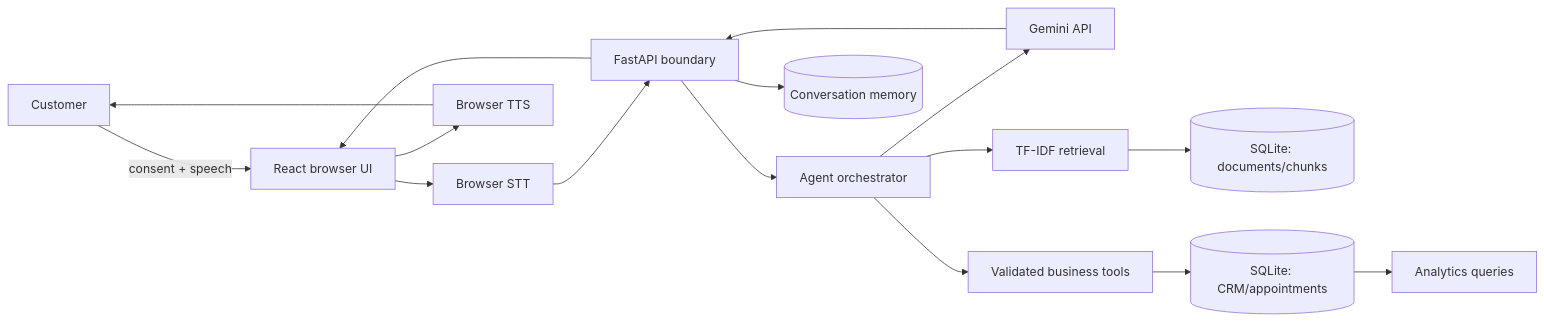
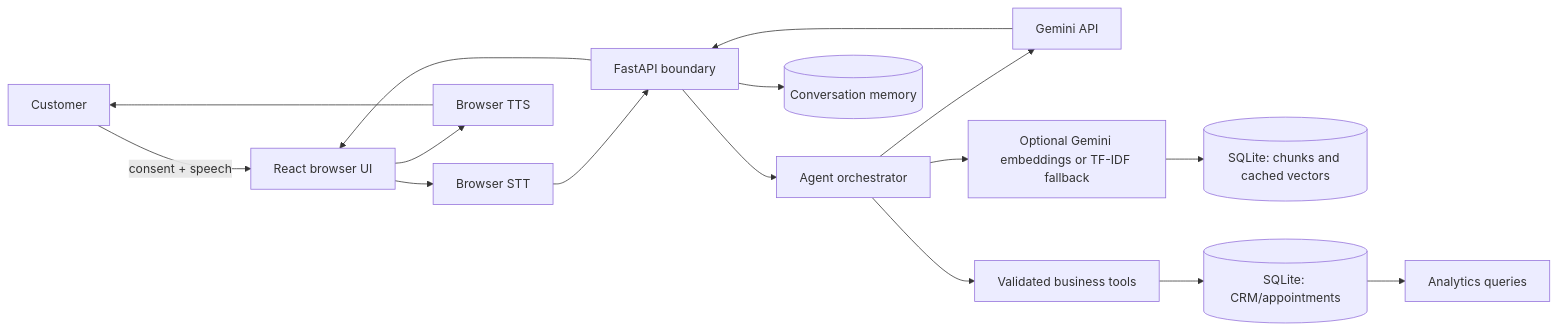
The diagram in docs/architecture.md (Raviranjan010/FortivexAI), drawn with Mermaid before and after one commit. The commit also changed 26 other files, not shown here.

Commit message:
feat: add optional Gemini embeddings, bounded tool loops, and release coverage docs

````diff
--- a/docs/architecture.md
+++ b/docs/architecture.md
@@ -3,15 +3,15 @@
 ```mermaid
 flowchart LR
   C[Customer] -->|consent + speech| B[React browser UI]
   B --> STT[Browser STT]
   STT --> API[FastAPI boundary]
   API --> A[Agent orchestrator]
   A --> G[Gemini API]
-  A --> R[TF-IDF retrieval]
+  A --> R[Optional Gemini embeddings or TF-IDF fallback]
   A --> T[Validated business tools]
-  R --> DB[(SQLite: documents/chunks)]
+  R --> DB[(SQLite: chunks and cached vectors)]
   T --> CRM[(SQLite: CRM/appointments)]
   API --> M[(Conversation memory)]
   CRM --> BI[Analytics queries]
   G --> API --> B --> TTS[Browser TTS] --> C
 ```
````
